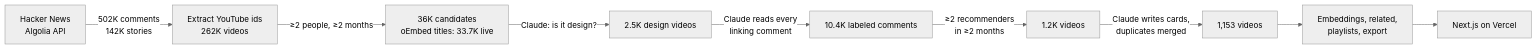
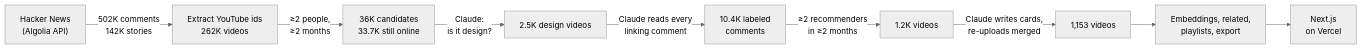
One commit to panikadak/designertube changed the diagram in README.md. Above: the diagram before and after it, drawn with Mermaid (neutral theme). The commit also changed other lines of this file and 41 other files, not shown here.

````diff
--- a/README.md
+++ b/README.md
@@ -44,11 +73,11 @@
 ```mermaid
 flowchart LR
-  A["Hacker News<br/>Algolia API"] -->|502K comments<br/>142K stories| B["Extract YouTube ids<br/>262K videos"]
-  B -->|"≥2 people, ≥2 months"| C["36K candidates<br/>oEmbed titles: 33.7K live"]
-  C -->|"Claude: is it design?"| D["2.5K design videos"]
-  D -->|"Claude reads every<br/>linking comment"| E["10.4K labeled comments"]
+  A["Hacker News<br/>(Algolia API)"] -->|"502K comments<br/>142K stories"| B["Extract YouTube ids<br/>262K videos"]
+  B -->|"≥2 people,<br/>≥2 months"| C["36K candidates<br/>33.7K still online"]
+  C -->|"Claude:<br/>is it design?"| D["2.5K design videos"]
+  D -->|"Claude reads every<br/>linking comment"| E["10.4K labeled<br/>comments"]
   E -->|"≥2 recommenders<br/>in ≥2 months"| F["1.2K videos"]
-  F -->|"Claude writes cards,<br/>duplicates merged"| G["1,153 videos"]
+  F -->|"Claude writes cards,<br/>re-uploads merged"| G["1,153 videos"]
   G --> H["Embeddings, related,<br/>playlists, export"]
-  H --> I["Next.js on Vercel"]
+  H --> I["Next.js<br/>on Vercel"]
 ```
````
